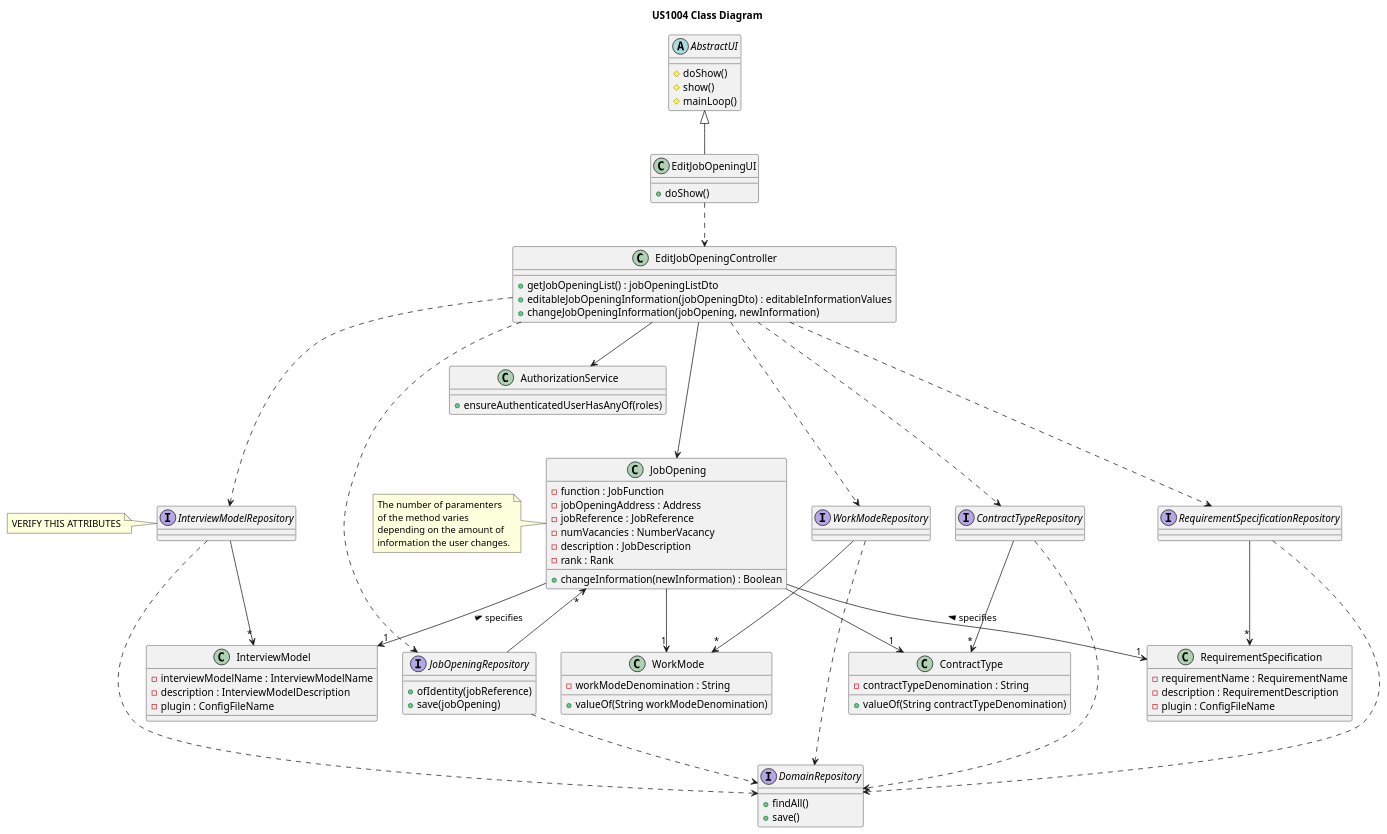
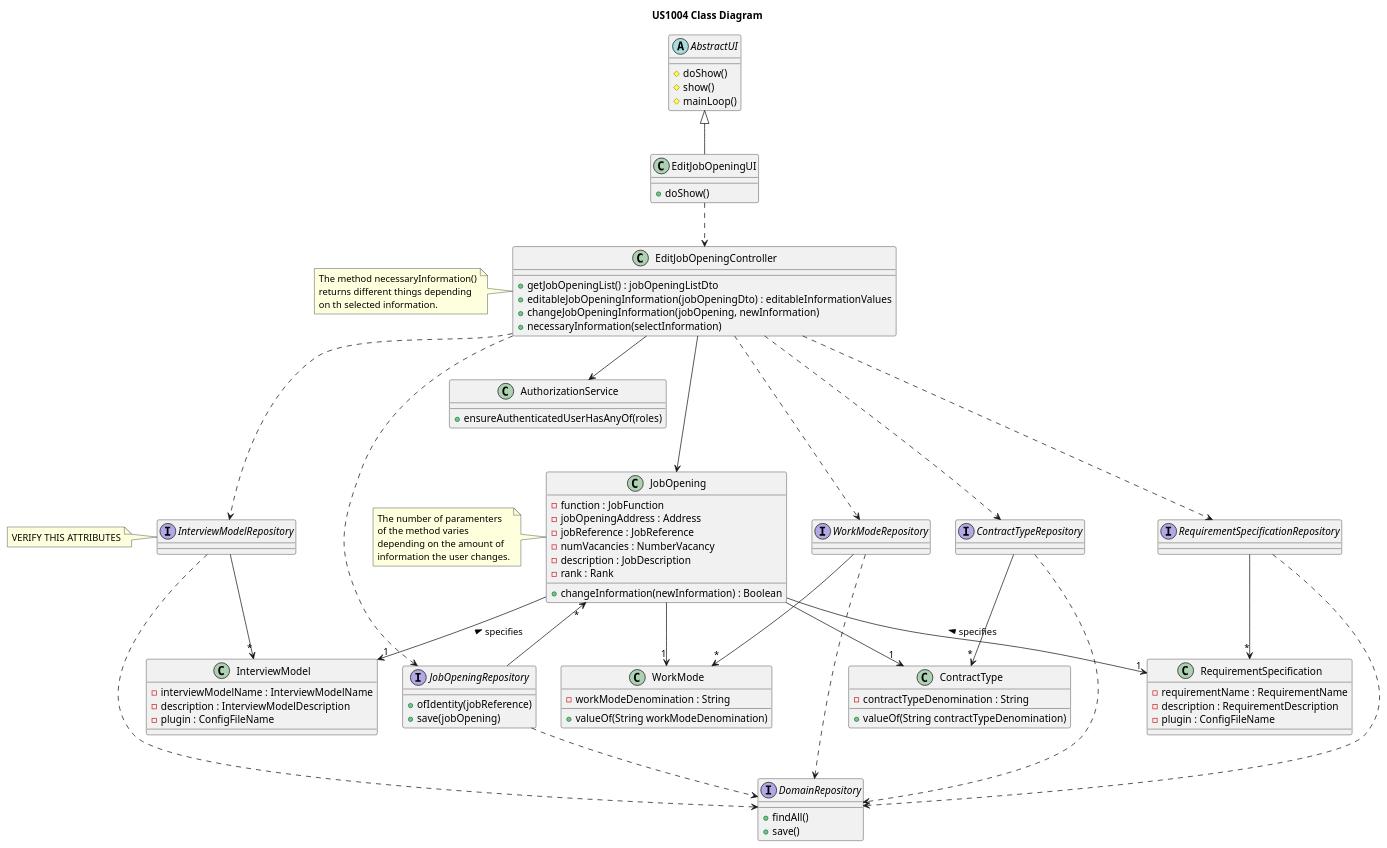
One commit to rita-barbosa/LAPR4-2324 changed the diagram in docs/sprint-c/us_1004/design-diagrams/class-diagram.puml. Above: the diagram before and after it, drawn with PlantUML. The commit also changed 5 other files, not shown here.

Commit message:
docs: updates sequence and class diagram to correct mistake in design. [closes #254]

```diff
--- a/docs/sprint-c/us_1004/design-diagrams/class-diagram.puml
+++ b/docs/sprint-c/us_1004/design-diagrams/class-diagram.puml
@@ -1,148 +1,156 @@
 @startuml
 'https://plantuml.com/class-diagram
 
 title US1004 Class Diagram
 
 
 
 abstract class AbstractUI {
     # doShow()
     # show()
     # mainLoop()
 }
 
 
 class EditJobOpeningUI {
 + doShow()
 }
 
 class EditJobOpeningController  {
 + getJobOpeningList() : jobOpeningListDto
 + editableJobOpeningInformation(jobOpeningDto) : editableInformationValues
 + changeJobOpeningInformation(jobOpening, newInformation)
++ necessaryInformation(selectInformation)
 }
+
+note left
+The method necessaryInformation()
+returns different things depending
+on th selected information.
+end note
+
 
 'Requirements
 class RequirementSpecification {
 - requirementName : RequirementName
 - description : RequirementDescription
 - plugin : ConfigFileName
 }
 
 'Interview
 class InterviewModel {
 - interviewModelName : InterviewModelName
 - description : InterviewModelDescription
 - plugin : ConfigFileName
 }
 
 class InterviewModelRepository {
 
 }
 
 
 
 
 note left
 VERIFY THIS ATTRIBUTES
 end note
 
 class AuthorizationService {
 + ensureAuthenticatedUserHasAnyOf(roles)
 }
 
 ''Address
 'class Address <<(V,#FF8B40) value object>> {
 '-  streetName : String
 '-  city : String
 '-  district : String
 '-  state : String
 '-  zipcode :String
 '+ valueOf()
 '}
 
 'Job Opening
 class JobOpening  {
 - function : JobFunction
 - jobOpeningAddress : Address
 - jobReference : JobReference
 - numVacancies : NumberVacancy
 - description : JobDescription
 - rank : Rank
 + changeInformation(newInformation) : Boolean
 }
 
 note left
 The number of paramenters
 of the method varies
 depending on the amount of
 information the user changes.
 end note
 
 
 class WorkMode {
 -  workModeDenomination : String
 + valueOf(String workModeDenomination)
 }
 
 class ContractType  {
 - contractTypeDenomination : String
 + valueOf(String contractTypeDenomination)
 }
 
 interface JobOpeningRepository {
 + ofIdentity(jobReference)
 + save(jobOpening)
 }
 
 interface WorkModeRepository {
 }
 
 interface ContractTypeRepository {
 }
 
 interface InterviewModelRepository {
 }
 
 interface RequirementSpecificationRepository {
 }
 
 interface DomainRepository {
 + findAll()
 + save()
 }
 
 AbstractUI <|-- EditJobOpeningUI
 EditJobOpeningUI .-> EditJobOpeningController
 EditJobOpeningController --> AuthorizationService
 EditJobOpeningController .--> JobOpeningRepository
 EditJobOpeningController .--> WorkModeRepository
 EditJobOpeningController .--> ContractTypeRepository
 EditJobOpeningController .--> RequirementSpecificationRepository
 EditJobOpeningController .--> InterviewModelRepository
 
 EditJobOpeningController --> JobOpening
 JobOpening "*" <-- JobOpeningRepository
 
 JobOpening --> "1" WorkMode
 JobOpening --> "1" ContractType
 
 
 
 
 RequirementSpecification "1" <-up- JobOpening : specifies >
 InterviewModel "1" <-up- JobOpening : specifies >
 
 WorkModeRepository -->  "*" WorkMode
 RequirementSpecificationRepository -->  "*" RequirementSpecification
 InterviewModelRepository -->  "*" InterviewModel
 ContractTypeRepository -->  "*" ContractType
 
 
 JobOpeningRepository .-> DomainRepository
 ContractTypeRepository .-> DomainRepository
 InterviewModelRepository .-> DomainRepository
 RequirementSpecificationRepository .-> DomainRepository
 WorkModeRepository .--> DomainRepository
 
 @enduml
```
